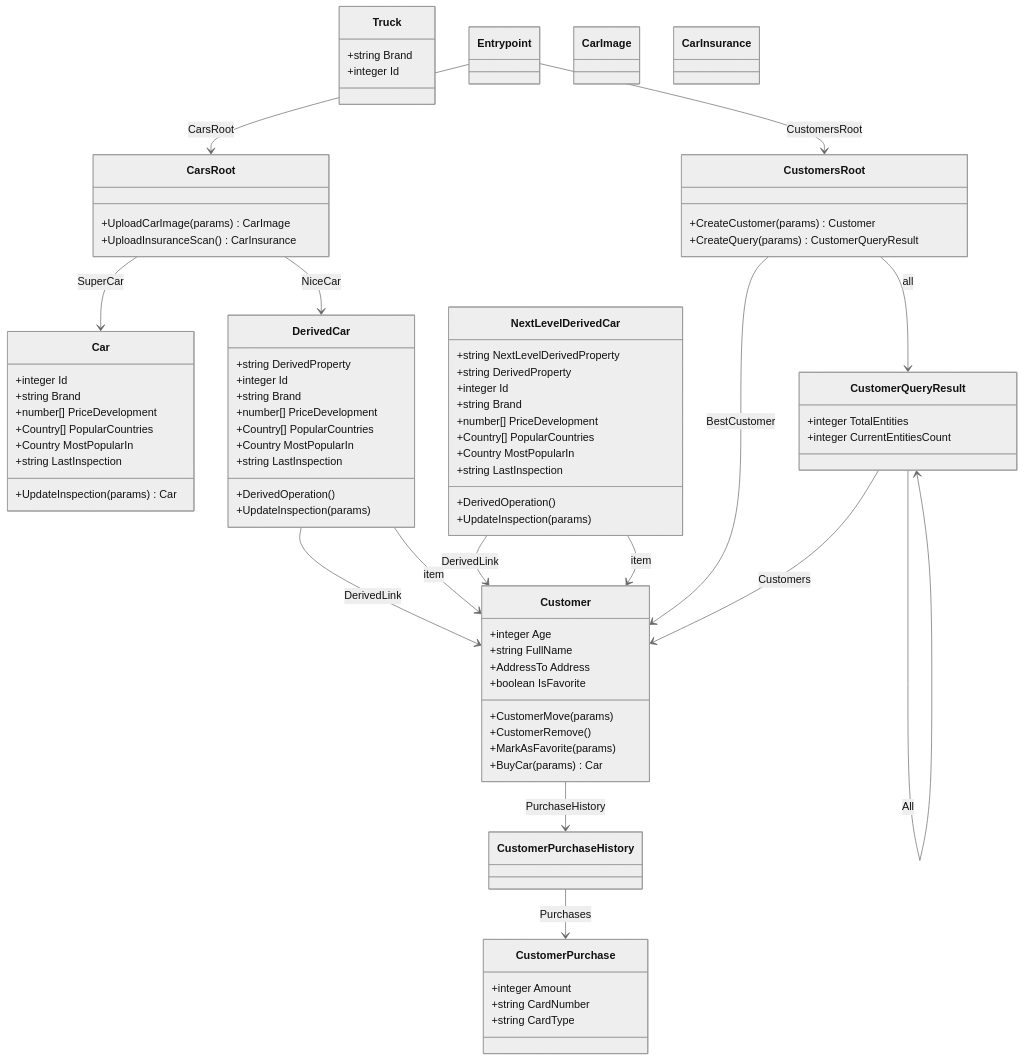
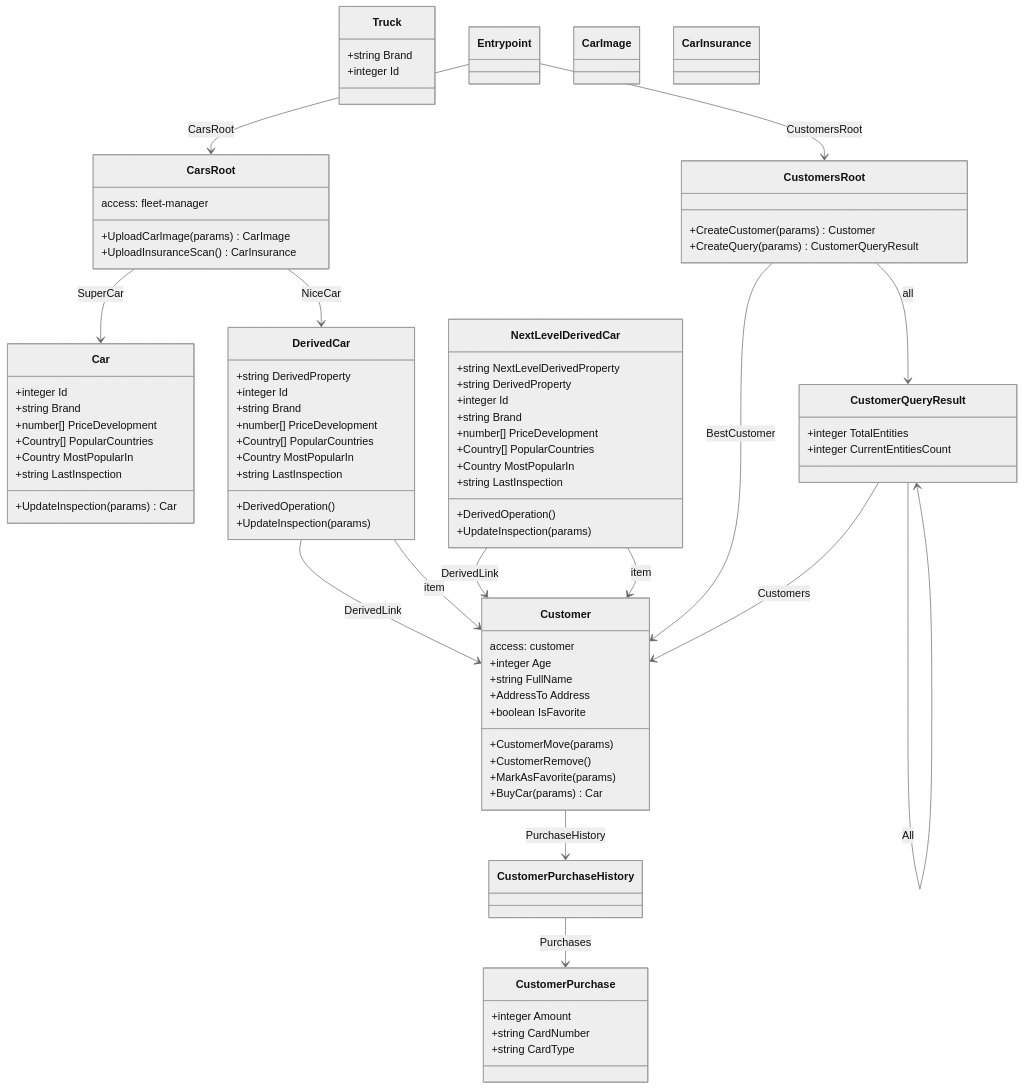
Before and after one commit to RESTyard/RESTyard: the diagram in Source/CarShack/schema-output/htos.md, drawn with Mermaid (neutral theme). The commit also changed 19 other files, not shown here.

```diff
--- a/Source/CarShack/schema-output/htos.md
+++ b/Source/CarShack/schema-output/htos.md
@@ -9,6 +9,7 @@
     class Entrypoint {
     }
     class CarsRoot {
+        access: fleet-manager
         +UploadCarImage(params) CarImage
         +UploadInsuranceScan() CarInsurance
     }
@@ -60,6 +61,7 @@
     class CustomerPurchaseHistory {
     }
     class Customer {
+        access: customer
         +integer Age
         +string FullName
         +AddressTo Address
```
